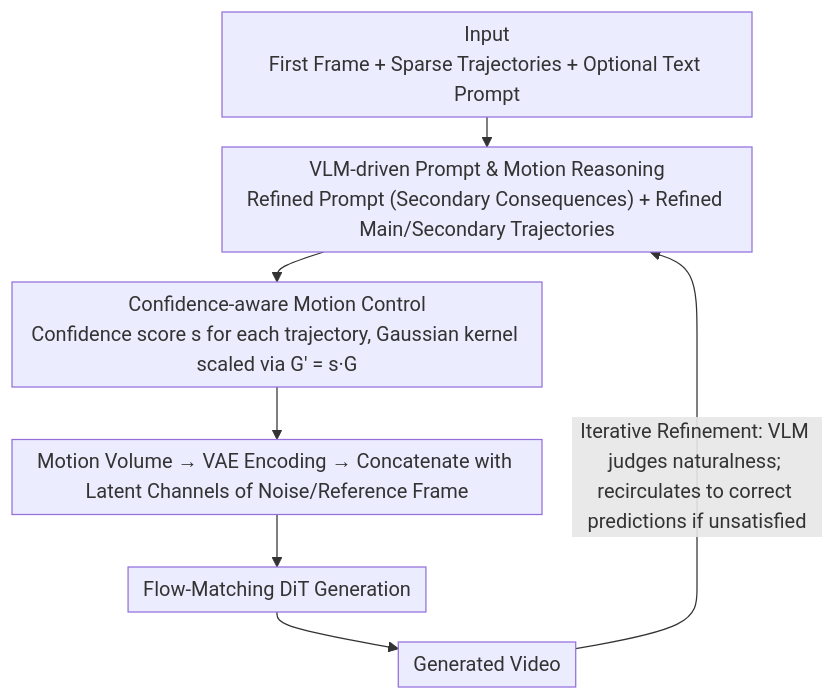
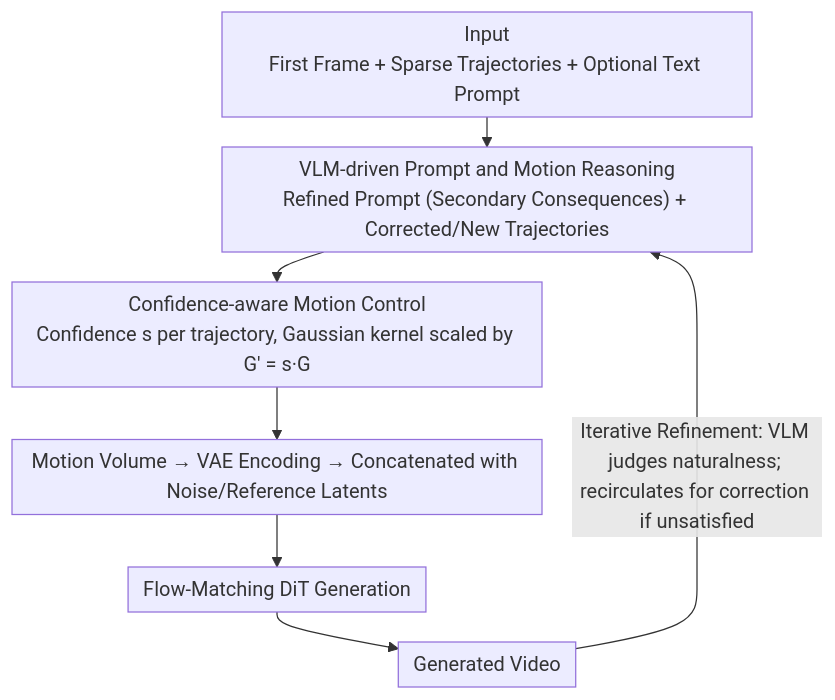
One commit to zhaoyang97/Paper-Notes-en changed the diagram in docs/ICML2026/video_generation/motimotion_motion-controlled_video_generation_with_visual_reasoning.md. Above: the diagram before and after it, drawn with Mermaid. The commit also changed other lines of this file and 5084 other files, not shown here.

````diff
--- a/docs/ICML2026/video_generation/motimotion_motion-controlled_video_generation_with_visual_reasoning.md
+++ b/docs/ICML2026/video_generation/motimotion_motion-controlled_video_generation_with_visual_reasoning.md
@@ -43,10 +43,10 @@
 ```mermaid
 %%{init: {'flowchart': {'rankSpacing': 24, 'nodeSpacing': 28, 'padding': 6, 'wrappingWidth': 400}}}%%
 flowchart TD
-    A["Input<br/>First Frame + Sparse Trajectories + Optional Text Prompt"] --> B["VLM-driven Prompt & Motion Reasoning<br/>Refined Prompt (Secondary Consequences) + Refined Main/Secondary Trajectories"]
-    B --> C["Confidence-aware Motion Control<br/>Confidence score s for each trajectory, Gaussian kernel scaled via G′ = s·G"]
-    C --> D["Motion Volume → VAE Encoding → Concatenate with Latent Channels of Noise/Reference Frame"]
+    A["Input<br/>First Frame + Sparse Trajectories + Optional Text Prompt"] --> B["VLM-driven Prompt and Motion Reasoning<br/>Refined Prompt (Secondary Consequences) + Corrected/New Trajectories"]
+    B --> C["Confidence-aware Motion Control<br/>Confidence s per trajectory, Gaussian kernel scaled by G′ = s·G"]
+    C --> D["Motion Volume → VAE Encoding → Concatenated with Noise/Reference Latents"]
     D --> E["Flow-Matching DiT Generation"]
     E --> F["Generated Video"]
-    F -->|"Iterative Refinement: VLM judges naturalness; recirculates to correct predictions if unsatisfied"| B
+    F -->|"Iterative Refinement: VLM judges naturalness; recirculates for correction if unsatisfied"| B
 ```
````
